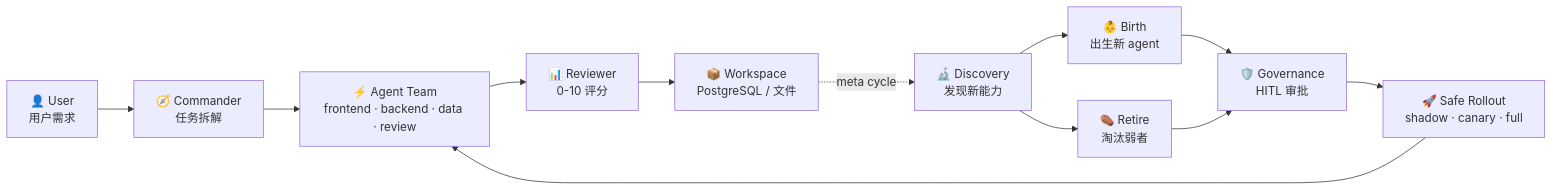
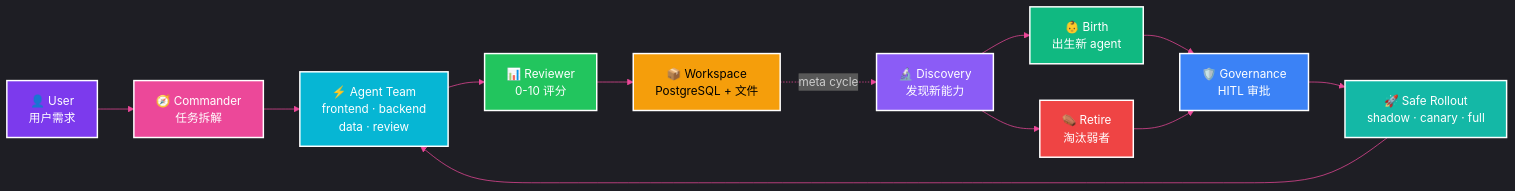
One commit to syxscott/Maximilian changed the first of 2 diagrams in README.md. Above: the diagram before and after it, drawn with Mermaid. The commit also changed other lines of this file, not shown here.

````diff
--- a/README.md
+++ b/README.md
@@ -56,14 +131,26 @@
 ```mermaid
+%%{init: {'theme':'dark', 'themeVariables': {'primaryColor':'#7c3aed','primaryTextColor':'#fff','primaryBorderColor':'#7c3aed','lineColor':'#ec4899','secondaryColor':'#1f2937','tertiaryColor':'#06b6d4'}}}%%
 flowchart LR
     A[👤 User<br/>用户需求] --> B[🧭 Commander<br/>任务拆解]
-    B --> C[⚡ Agent Team<br/>frontend · backend · data · review]
+    B --> C[⚡ Agent Team<br/>frontend · backend<br/>data · review]
     C --> D[📊 Reviewer<br/>0-10 评分]
-    D --> E[📦 Workspace<br/>PostgreSQL / 文件]
+    D --> E[📦 Workspace<br/>PostgreSQL + 文件]
     E -.meta cycle.-> F[🔬 Discovery<br/>发现新能力]
     F --> G[👶 Birth<br/>出生新 agent]
     F --> H[⚰️ Retire<br/>淘汰弱者]
     G --> I[🛡️ Governance<br/>HITL 审批]
     H --> I
     I --> J[🚀 Safe Rollout<br/>shadow · canary · full]
     J --> C
+
+    style A fill:#7c3aed,stroke:#fff,stroke-width:2px,color:#fff
+    style B fill:#ec4899,stroke:#fff,stroke-width:2px,color:#fff
+    style C fill:#06b6d4,stroke:#fff,stroke-width:2px,color:#fff
+    style D fill:#22c55e,stroke:#fff,stroke-width:2px,color:#fff
+    style E fill:#f59e0b,stroke:#fff,stroke-width:2px,color:#000
+    style F fill:#8b5cf6,stroke:#fff,stroke-width:2px,color:#fff
+    style G fill:#10b981,stroke:#fff,stroke-width:2px,color:#fff
+    style H fill:#ef4444,stroke:#fff,stroke-width:2px,color:#fff
+    style I fill:#3b82f6,stroke:#fff,stroke-width:2px,color:#fff
+    style J fill:#14b8a6,stroke:#fff,stroke-width:2px,color:#fff
 ```
````
